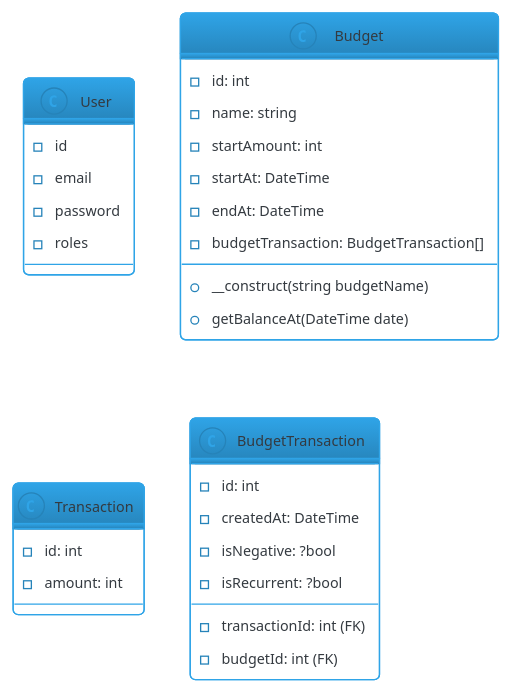
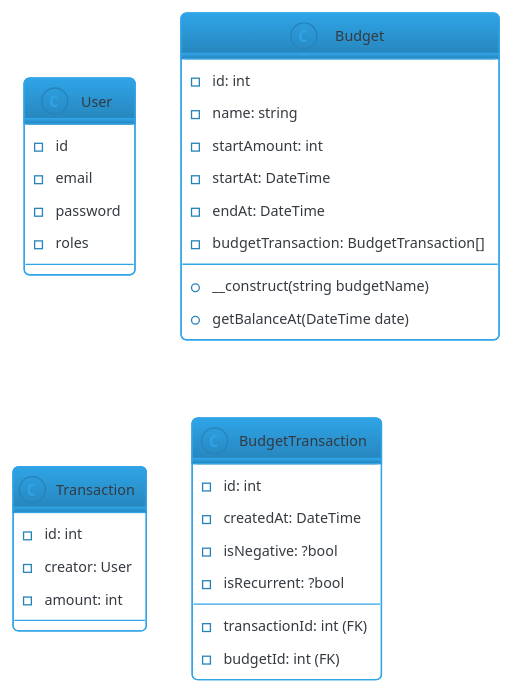
The diagram in docs/classes/general-classes-diagram.puml (hello-devs/budget-manager-api), drawn with PlantUML before and after one commit. The commit also changed 2 other files, not shown here.

Commit message:
tests: add creator to transaction class

```diff
--- a/docs/classes/general-classes-diagram.puml
+++ b/docs/classes/general-classes-diagram.puml
@@ -1,44 +1,45 @@
 @startuml
 'https://plantuml.com/class-diagram
 !theme cerulean-outline
 skinparam backgroundColor white
 '----------------------------------------------
 
 class User{
         -id
         -email
         -password
         -roles
 }
 
 class Budget {
 
     - id: int
     - name: string
     - startAmount: int
     - startAt: DateTime
     - endAt: DateTime
     - budgetTransaction: BudgetTransaction[]
 
     + __construct(string budgetName)
     + getBalanceAt(DateTime date)
 
 }
 
 class Transaction {
 
     - id: int
+    - creator: User
     - amount: int
 }
 
 class BudgetTransaction {
 
     - id: int
     - createdAt: DateTime
     - isNegative: ?bool
     - isRecurrent: ?bool
     - transactionId: int (FK)
     - budgetId: int (FK)
 }
 
 @enduml
```
